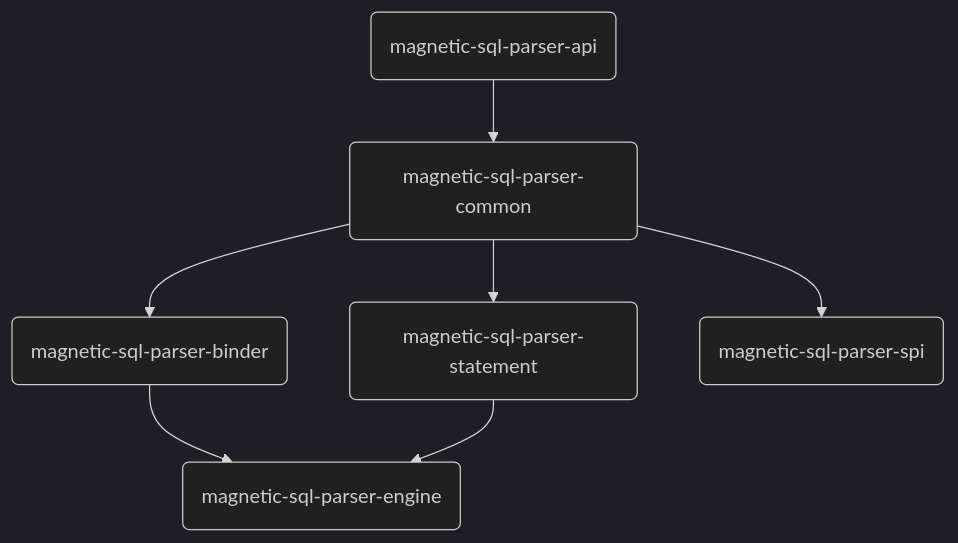
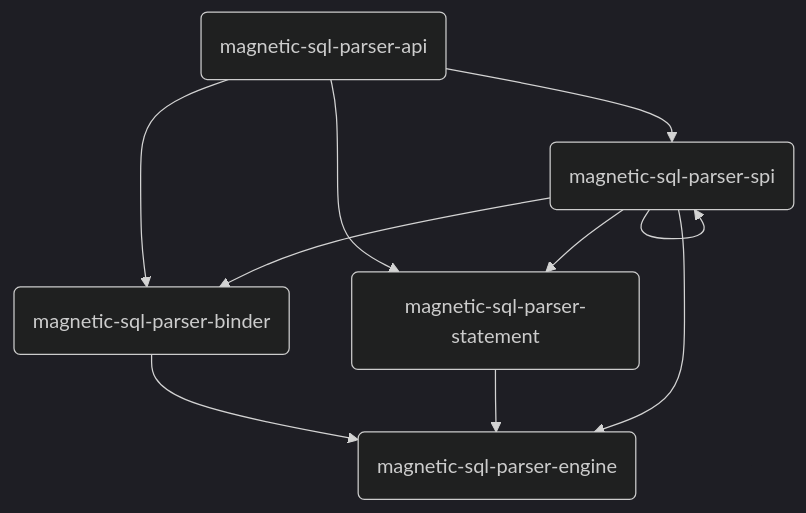
One commit to iByteCoding/M-SQLParser changed the diagram in README.md. Above: the diagram before and after it, drawn with Mermaid (dark theme).

Commit message:
docs：更新笔记- 模块依赖图

````diff
--- a/README.md
+++ b/README.md
@@ -21,9 +21,12 @@
 ```mermaid
 graph TD;
-	id1(magnetic-sql-parser-api)-->id6(magnetic-sql-parser-common)
+	id1(magnetic-sql-parser-api)-->id2(magnetic-sql-parser-binder)
+    id1(magnetic-sql-parser-api)-->id3(magnetic-sql-parser-statement)
+    id1(magnetic-sql-parser-api)-->id5(magnetic-sql-parser-spi)
     id2(magnetic-sql-parser-binder)-->id4(magnetic-sql-parser-engine)
     id3(magnetic-sql-parser-statement)-->id4(magnetic-sql-parser-engine)
-    id6(magnetic-sql-parser-common)-->id2(magnetic-sql-parser-binder)
-    id6(magnetic-sql-parser-common)-->id3(magnetic-sql-parser-statement)
-    id6(magnetic-sql-parser-common)-->id5(magnetic-sql-parser-spi)
+    id5(magnetic-sql-parser-common)-->id4(magnetic-sql-parser-engine)
+    id5(magnetic-sql-parser-common)-->id2(magnetic-sql-parser-binder)
+    id5(magnetic-sql-parser-common)-->id3(magnetic-sql-parser-statement)
+    id5(magnetic-sql-parser-common)-->id5(magnetic-sql-parser-spi)
 ```
````
